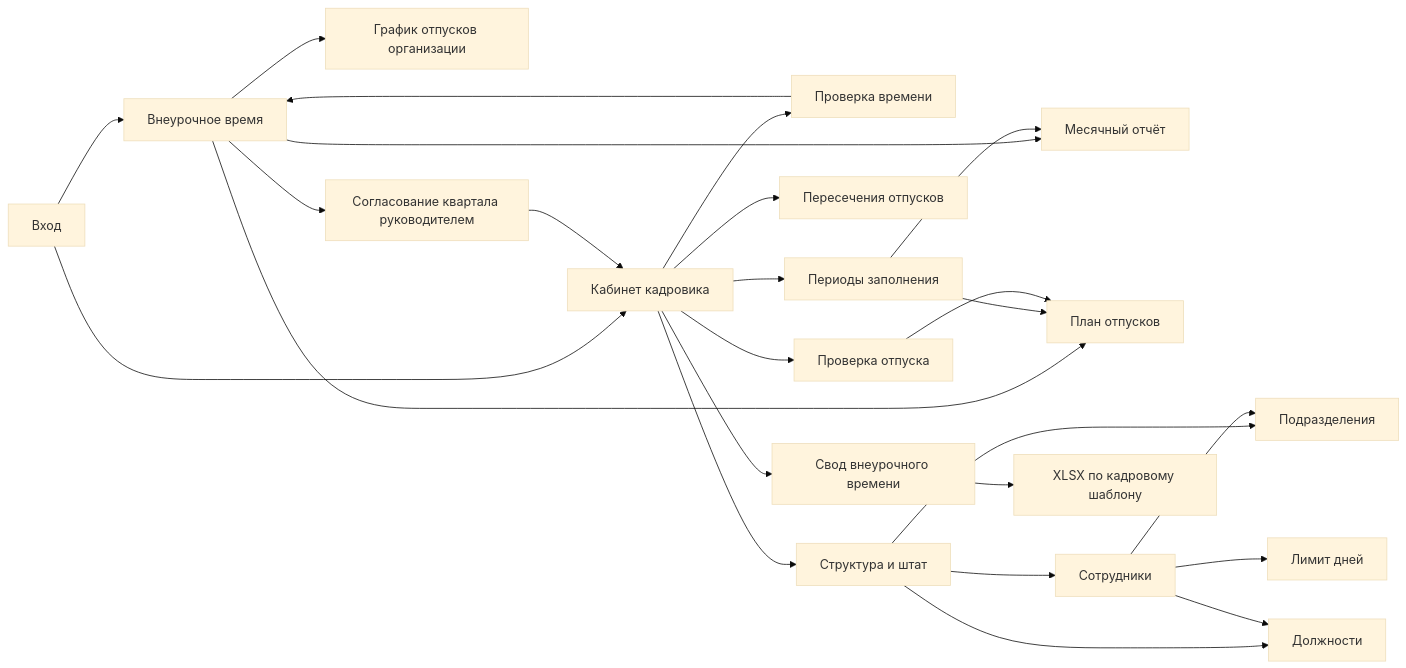
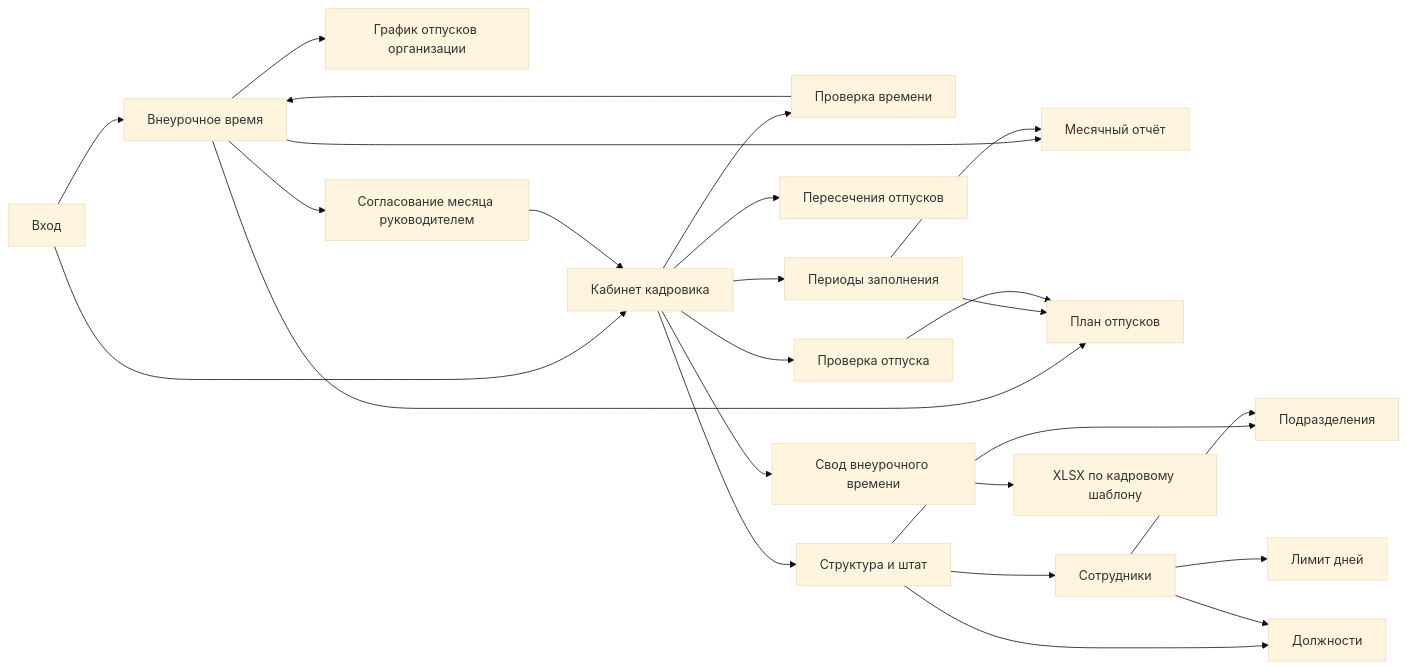
One commit to BillShifr/work-calendar changed the first of 2 diagrams in docs/PRODUCT_FLOW_MAP.md. Above: the diagram before and after it, drawn with Mermaid (base theme). The commit also changed other lines of this file and 28 other files, not shown here.

````diff
--- a/docs/PRODUCT_FLOW_MAP.md
+++ b/docs/PRODUCT_FLOW_MAP.md
@@ -9,28 +9,28 @@
 ```mermaid
 flowchart LR
   Login[Вход] --> EmployeeHome[Внеурочное время]
   EmployeeHome --> OvertimeMonth[Месячный отчёт]
   EmployeeHome --> VacationPlan[План отпусков]
   EmployeeHome --> VacationBoard[График отпусков организации]
-  EmployeeHome --> DepartmentApproval[Согласование квартала руководителем]
+  EmployeeHome --> DepartmentApproval[Согласование месяца руководителем]
 
   Login --> HrHome[Кабинет кадровика]
   DepartmentApproval --> HrHome
   HrHome --> OvertimeReview[Проверка времени]
   HrHome --> VacationReview[Проверка отпуска]
   HrHome --> Overlap[Пересечения отпусков]
   HrHome --> Workforce[Структура и штат]
   Workforce --> Employees[Сотрудники]
   Workforce --> Departments[Подразделения]
   Workforce --> JobTitles[Должности]
   HrHome --> EntryWindows[Периоды заполнения]
   HrHome --> OvertimeSummary[Свод внеурочного времени]
   OvertimeSummary --> ExcelExport[XLSX по кадровому шаблону]
   EntryWindows --> VacationPlan
   EntryWindows --> OvertimeMonth
   Employees --> Departments
   Employees --> JobTitles
   Employees --> VacationAllowance[Лимит дней]
   OvertimeReview --> EmployeeHome
   VacationReview --> VacationPlan
 ```
````
